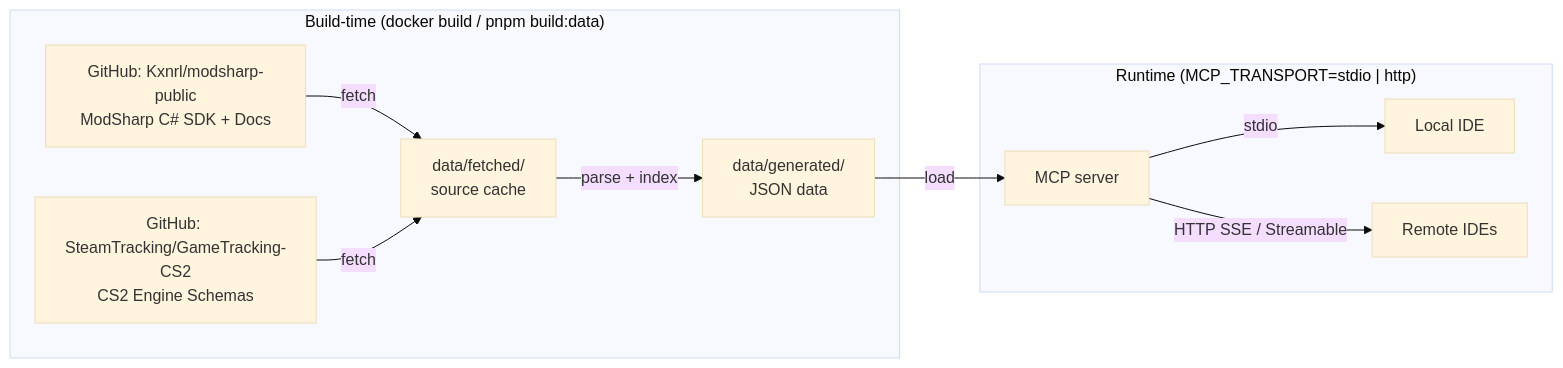
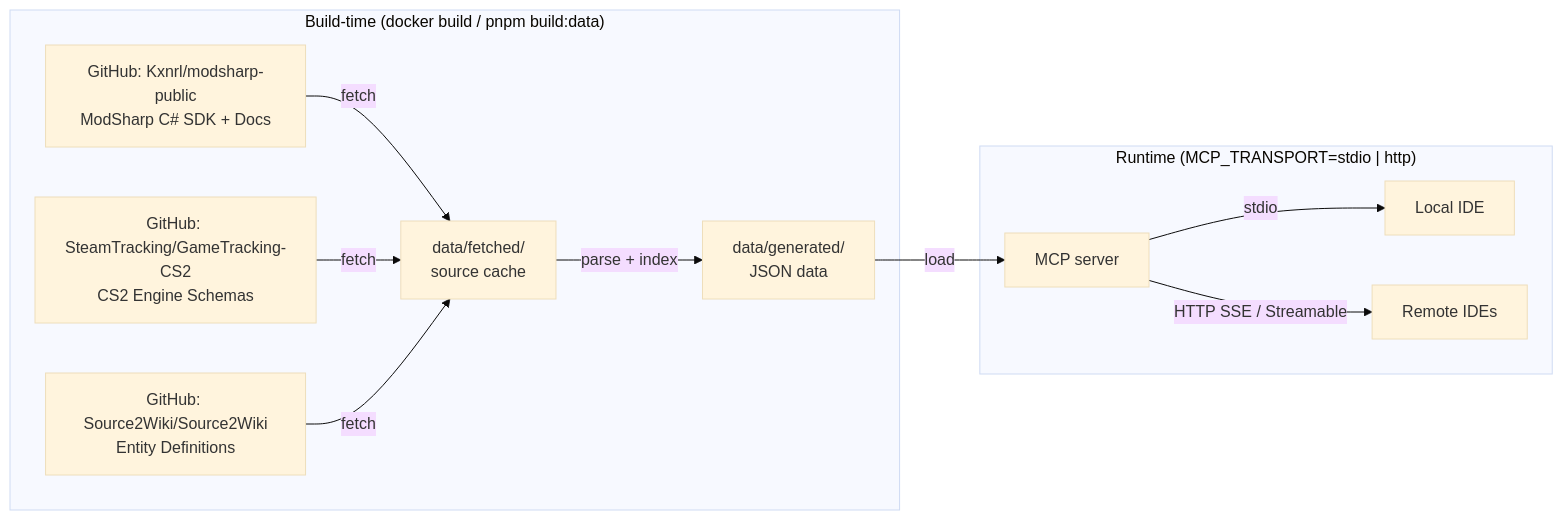
Before and after one commit to hnrobert/modsharp-public-mcp: the diagram in README.md, drawn with Mermaid (base theme). The commit also changed other lines of this file and 4 other files, not shown here.

Commit message:
feat: enhance entity and schema data handling

````diff
--- a/README.md
+++ b/README.md
@@ -149,13 +135,14 @@
 ```mermaid
 graph LR
   subgraph build["Build-time (docker build / pnpm build:data)"]
     A[GitHub: Kxnrl/modsharp-public<br/>ModSharp C# SDK + Docs] -->|fetch| B[data/fetched/<br/>source cache]
     F[GitHub: SteamTracking/GameTracking-CS2<br/>CS2 Engine Schemas] -->|fetch| B
+    G[GitHub: Source2Wiki/Source2Wiki<br/>Entity Definitions] -->|fetch| B
     B -->|parse + index| C[data/generated/<br/>JSON data]
   end
   subgraph runtime["Runtime (MCP_TRANSPORT=stdio | http)"]
     C -->|load| D[MCP server]
     D -->|stdio| E[Local IDE]
-    D -->|HTTP SSE / Streamable| G[Remote IDEs]
+    D -->|HTTP SSE / Streamable| H[Remote IDEs]
   end
 ```
````
